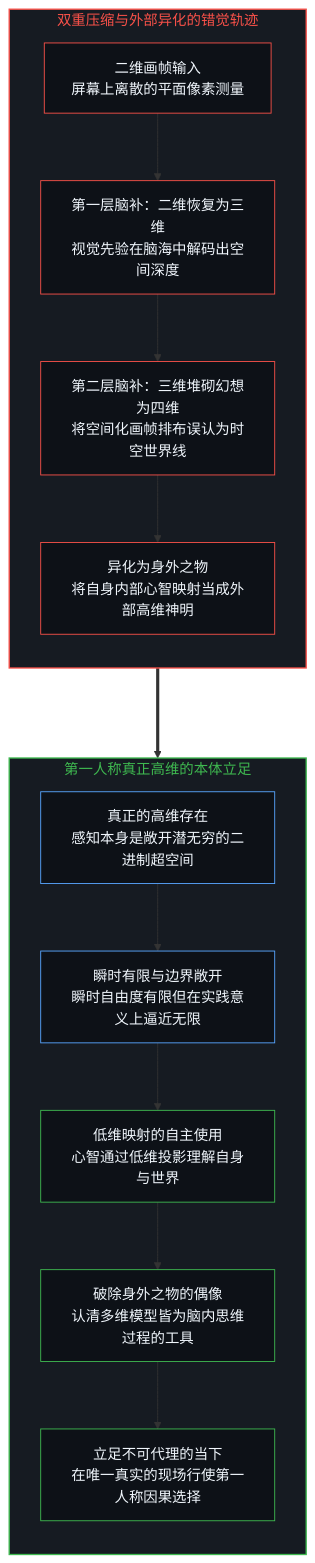
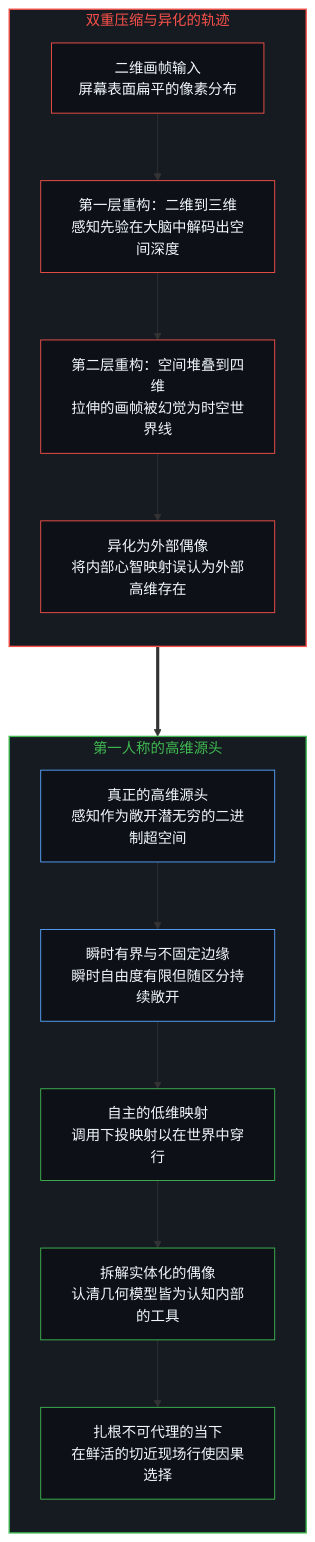
One commit to powerpig99/not-a-toe changed the first of 4 diagrams in content/posts/the-myth-of-the-four-dimensional-deer-and-the-present-model.md. Above: the diagram before and after it, drawn with Mermaid. The commit also changed other lines of this file and 7 other files, not shown here.

````diff
--- a/content/posts/the-myth-of-the-four-dimensional-deer-and-the-present-model.md
+++ b/content/posts/the-myth-of-the-four-dimensional-deer-and-the-present-model.md
@@ -29,31 +29,28 @@
 ```mermaid
 flowchart TD
-    subgraph S_ErrorTrack["双重压缩与外部异化的错觉轨迹"]
+    subgraph S_ErrorTrack["双重压缩与异化的轨迹"]
         direction TB
-        E1["二维画帧输入<br/>屏幕上离散的平面像素测量"] --> E2["第一层脑补：二维恢复为三维<br/>视觉先验在脑海中解码出空间深度"]
-        E2 --> E3["第二层脑补：三维堆砌幻想为四维<br/>将空间化画帧排布误认为时空世界线"]
-        E3 --> E4["异化为身外之物<br/>将自身内部心智映射当成外部高维神明"]
+        E1["二维画帧输入<br/>屏幕表面扁平的像素分布"] --> E2["第一层重构：二维到三维<br/>感知先验在大脑中解码出空间深度"]
+        E2 --> E3["第二层重构：空间堆叠到四维<br/>拉伸的画帧被幻觉为时空世界线"]
+        E3 --> E4["异化为外部偶像<br/>将内部心智映射误认为外部高维存在"]
     end
-
     S_ErrorTrack ===> S_RealityTrack
-
-    subgraph S_RealityTrack["第一人称真正高维的本体立足"]
+    subgraph S_RealityTrack["第一人称的高维源头"]
         direction TB
-        R1["真正的高维存在<br/>感知本身是敞开潜无穷的二进制超空间"] --> R2["瞬时有限与边界敞开<br/>瞬时自由度有限但在实践意义上逼近无限"]
-        R2 --> R3["低维映射的自主使用<br/>心智通过低维投影理解自身与世界"]
-        R3 --> R4["破除身外之物的偶像<br/>认清多维模型皆为脑内思维过程的工具"]
-        R4 --> R5["立足不可代理的当下<br/>在唯一真实的现场行使第一人称因果选择"]
+        R1["真正的高维源头<br/>感知作为敞开潜无穷的二进制超空间"] --> R2["瞬时有界与不固定边缘<br/>瞬时自由度有限但随区分持续敞开"]
+        R2 --> R3["自主的低维映射<br/>调用下投映射以在世界中穿行"]
+        R3 --> R4["拆解实体化的偶像<br/>认清几何模型皆为认知内部的工具"]
+        R4 --> R5["扎根不可代理的当下<br/>在鲜活的切近现场行使因果选择"]
     end
-
     style S_ErrorTrack fill:#161b22,stroke:#f85149,stroke-width:1.5px,color:#f85149
     style S_RealityTrack fill:#161b22,stroke:#3fb950,stroke-width:1.5px,color:#3fb950
     style E1 fill:#0d1117,stroke:#f85149,stroke-width:1px,color:#f0f6fc
     style E2 fill:#0d1117,stroke:#f85149,stroke-width:1px,color:#f0f6fc
     style E3 fill:#0d1117,stroke:#f85149,stroke-width:1px,color:#f0f6fc
     style E4 fill:#0d1117,stroke:#f85149,stroke-width:1px,color:#f0f6fc
     style R1 fill:#0d1117,stroke:#58a6ff,stroke-width:1px,color:#f0f6fc
     style R2 fill:#0d1117,stroke:#58a6ff,stroke-width:1px,color:#f0f6fc
     style R3 fill:#0d1117,stroke:#3fb950,stroke-width:1px,color:#f0f6fc
     style R4 fill:#0d1117,stroke:#3fb950,stroke-width:1px,color:#f0f6fc
     style R5 fill:#0d1117,stroke:#3fb950,stroke-width:1px,color:#f0f6fc
 ```
````
